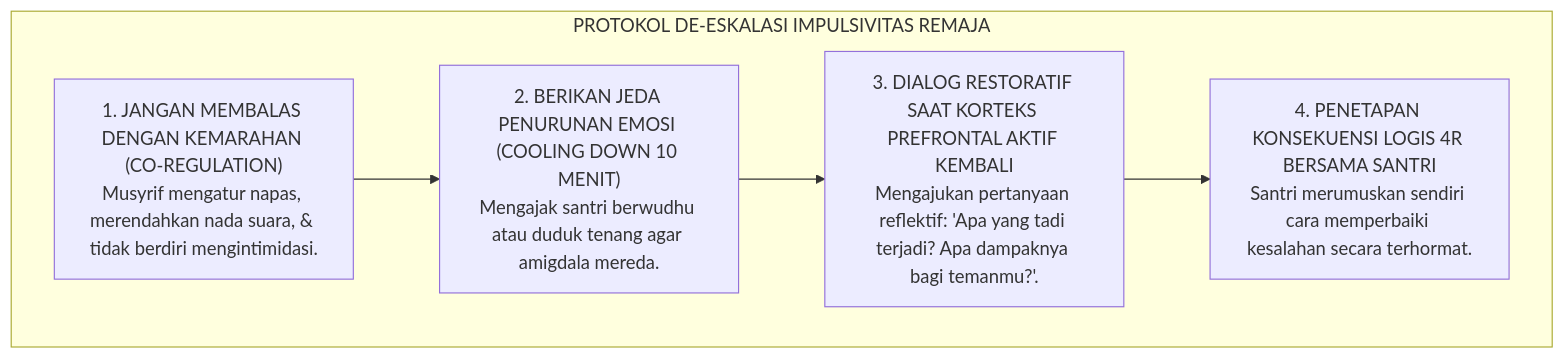
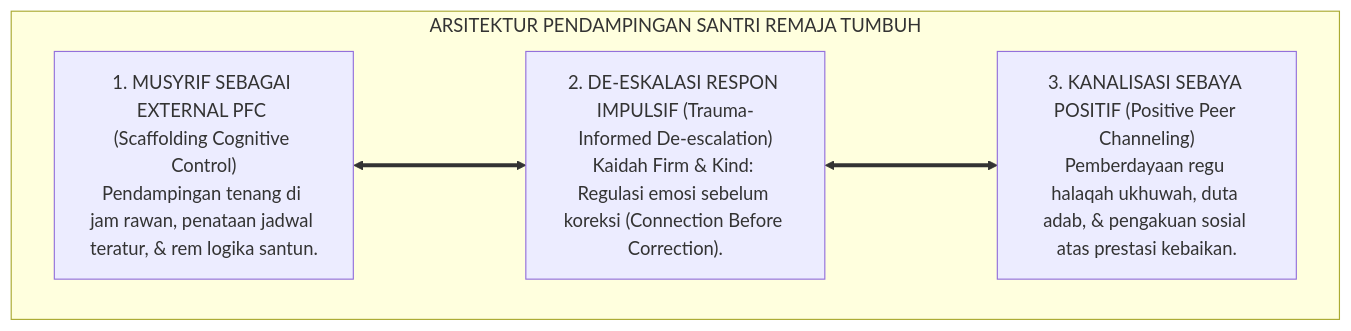
The second of 2 diagrams in 02 Principles/04 Development Principles/P2-04-01-Prinsip-Maturitas-Neurosains-Remaja.md (wandiapriliyandi/tumbuh), drawn with Mermaid before and after one commit. The commit also changed other lines of this file and 7 other files, not shown here.

````diff
--- a/02 Principles/04 Development Principles/P2-04-01-Prinsip-Maturitas-Neurosains-Remaja.md
+++ b/02 Principles/04 Development Principles/P2-04-01-Prinsip-Maturitas-Neurosains-Remaja.md
@@ -224,14 +115,13 @@
 ```mermaid
 flowchart TD
-    subgraph ProtokolDeEskalasiNeurosains["PROTOKOL DE-ESKALASI IMPULSIVITAS REMAJA"]
-        Langkah1["1. JANGAN MEMBALAS DENGAN KEMARAHAN (CO-REGULATION)<br/>Musyrif mengatur napas, merendahkan nada suara, & tidak berdiri mengintimidasi."]
+    subgraph ArsitekturPendampinganRemajaTUMBUH["ARSITEKTUR PENDAMPINGAN SANTRI REMAJA TUMBUH"]
         
-        Langkah2["2. BERIKAN JEDA PENURUNAN EMOSI (COOLING DOWN 10 MENIT)<br/>Mengajak santri berwudhu atau duduk tenang agar amigdala mereda."]
+        R1_Sayap["1. MUSYRIF SEBAGAI EXTERNAL PFC (Scaffolding Cognitive Control)<br/>Pendampingan tenang di jam rawan, penataan jadwal teratur, & rem logika santun."]
         
-        Langkah3["3. DIALOG RESTORATIF SAAT KORTEKS PREFRONTAL AKTIF KEMBALI<br/>Mengajukan pertanyaan reflektif: 'Apa yang tadi terjadi? Apa dampaknya bagi temanmu?'."]
+        R2_Sayap["2. DE-ESKALASI RESPON IMPULSIF (Trauma-Informed De-escalation)<br/>Kaidah Firm & Kind: Regulasi emosi sebelum koreksi (Connection Before Correction)."]
         
-        Langkah4["4. PENETAPAN KONSEKUENSI LOGIS 4R BERSAMA SANTRI<br/>Santri merumuskan sendiri cara memperbaiki kesalahan secara terhormat."]
+        R3_Sayap["3. KANALISASI SEBAYA POSITIF (Positive Peer Channeling)<br/>Pemberdayaan regu halaqah ukhuwah, duta adab, & pengakuan sosial atas prestasi kebaikan."]
         
-        Langkah1 --> Langkah2 --> Langkah3 --> Langkah4
+        R1_Sayap <===> R2_Sayap <===> R3_Sayap
     end
 ```
````
